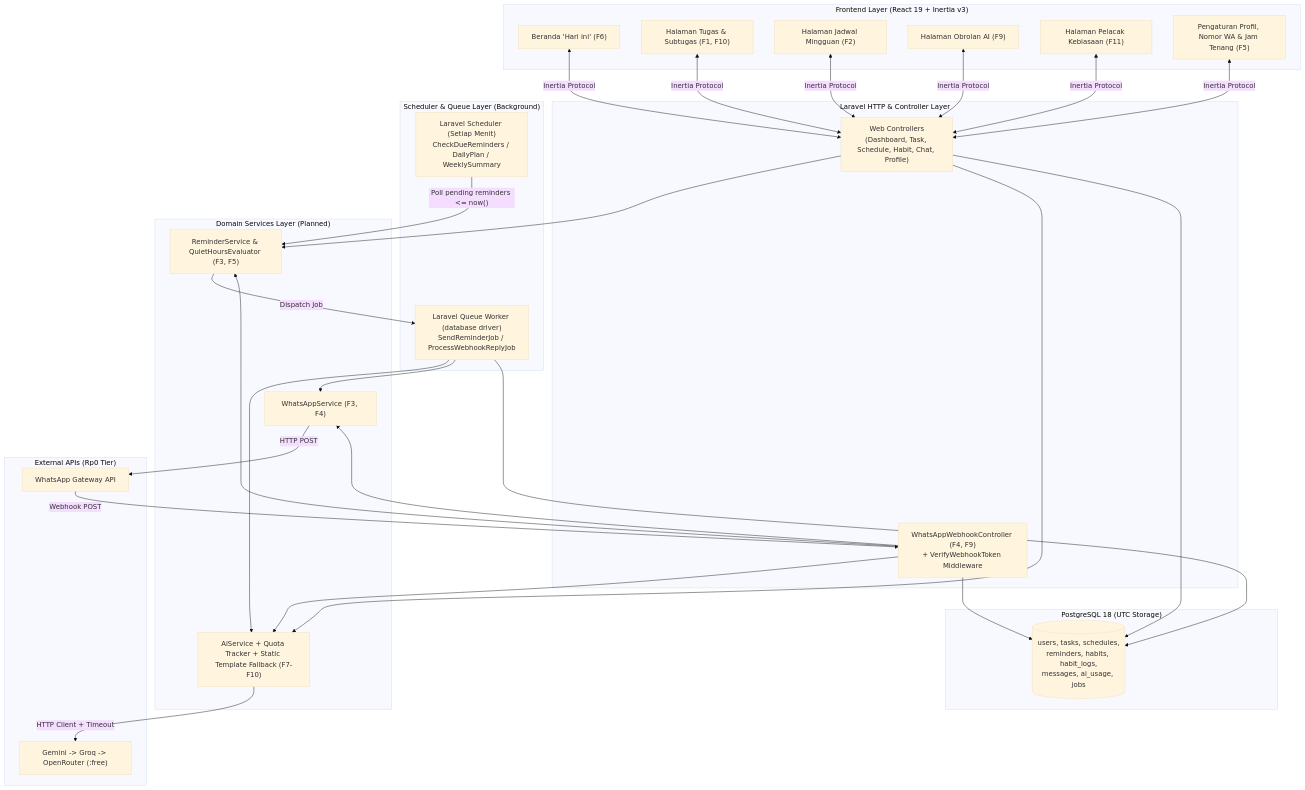
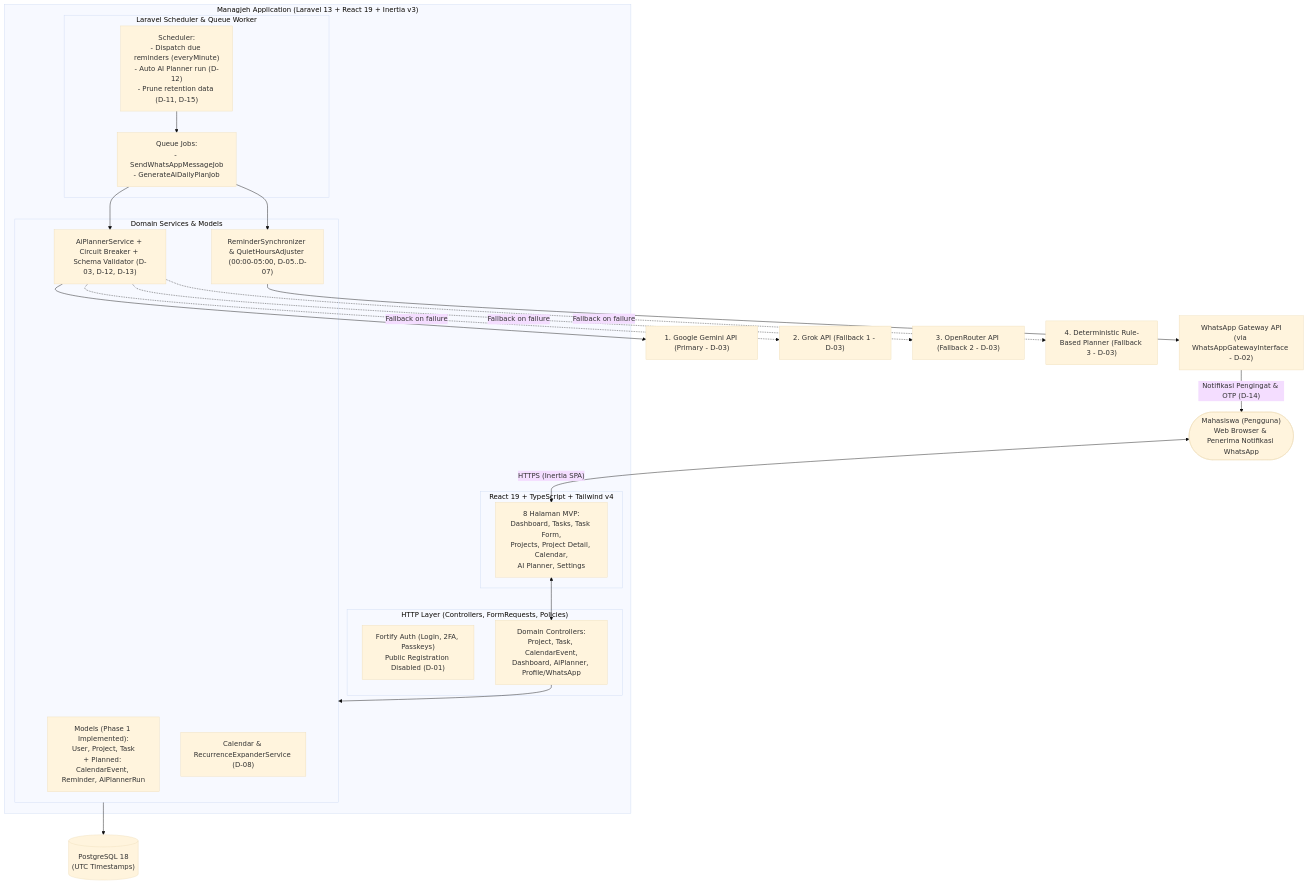
One commit to fardhanfahrezy/managjeh_react changed the diagram in docs/SYSTEM_ARCHITECTURE.md. Above: the diagram before and after it, drawn with Mermaid (base theme). The commit also changed other lines of this file and 12 other files, not shown here.

Commit message:
docs: update project specs, architecture, and phase-by-phase cookbook

````diff
--- a/docs/SYSTEM_ARCHITECTURE.md
+++ b/docs/SYSTEM_ARCHITECTURE.md
@@ -89,56 +17,48 @@
 ```mermaid
 flowchart TB
-    subgraph Client["Frontend Layer (React 19 + Inertia v3)"]
-        UI_Today["Beranda 'Hari ini' (F6)"]
-        UI_Tasks["Halaman Tugas & Subtugas (F1, F10)"]
-        UI_Schedules["Halaman Jadwal Mingguan (F2)"]
-        UI_Chat["Halaman Obrolan AI (F9)"]
-        UI_Habits["Halaman Pelacak Kebiasaan (F11)"]
-        UI_Settings["Pengaturan Profil, Nomor WA & Jam Tenang (F5)"]
+    User(["Mahasiswa (Pengguna)\nWeb Browser & Penerima Notifikasi WhatsApp"])
+
+    subgraph App["Managjeh Application (Laravel 13 + React 19 + Inertia v3)"]
+        subgraph Frontend["React 19 + TypeScript + Tailwind v4"]
+            Pages["8 Halaman MVP:\nDashboard, Tasks, Task Form,\nProjects, Project Detail, Calendar,\nAI Planner, Settings"]
+        end
+
+        subgraph HttpLayer["HTTP Layer (Controllers, FormRequests, Policies)"]
+            AuthCtrl["Fortify Auth (Login, 2FA, Passkeys)\nPublic Registration Disabled (D-01)"]
+            DomainCtrl["Domain Controllers:\nProject, Task, CalendarEvent,\nDashboard, AiPlanner, Profile/WhatsApp"]
+        end
+
+        subgraph DomainLayer["Domain Services & Models"]
+            CoreModels["Models (Phase 1 Implemented):\nUser, Project, Task\n+ Planned: CalendarEvent, Reminder, AiPlannerRun"]
+            CalSvc["Calendar & RecurrenceExpanderService (D-08)"]
+            RemSvc["ReminderSynchronizer & QuietHoursAdjuster (00:00-05:00, D-05..D-07)"]
+            PlannerSvc["AiPlannerService + Circuit Breaker + Schema Validator (D-03, D-12, D-13)"]
+        end
+
+        subgraph AsyncLayer["Laravel Scheduler & Queue Worker"]
+            Scheduler["Scheduler:\n- Dispatch due reminders (everyMinute)\n- Auto AI Planner run (D-12)\n- Prune retention data (D-11, D-15)"]
+            Jobs["Queue Jobs:\n- SendWhatsAppMessageJob\n- GenerateAiDailyPlanJob"]
+        end
     end
 
-    subgraph WebLayer["Laravel HTTP & Controller Layer"]
-        InertiaCtrl["Web Controllers\n(Dashboard, Task, Schedule, Habit, Chat, Profile)"]
-        WebhookCtrl["WhatsAppWebhookController (F4, F9)\n+ VerifyWebhookToken Middleware"]
-    end
+    DB[("PostgreSQL 18\n(UTC Timestamps)")]
+    WaGateway["WhatsApp Gateway API\n(via WhatsAppGatewayInterface - D-02)"]
+    Gemini["1. Google Gemini API (Primary - D-03)"]
+    Grok["2. Grok API (Fallback 1 - D-03)"]
+    OpenRouter["3. OpenRouter API (Fallback 2 - D-03)"]
+    RuleFallback["4. Deterministic Rule-Based Planner (Fallback 3 - D-03)"]
 
-    subgraph AsyncLayer["Scheduler & Queue Layer (Background)"]
-        Scheduler["Laravel Scheduler (Setiap Menit)\nCheckDueReminders / DailyPlan / WeeklySummary"]
-        QueueWorker["Laravel Queue Worker (database driver)\nSendReminderJob / ProcessWebhookReplyJob"]
-    end
-
-    subgraph DomainServices["Domain Services Layer (Planned)"]
-        ReminderSvc["ReminderService & QuietHoursEvaluator (F3, F5)"]
-        WaSvc["WhatsAppService (F3, F4)"]
-        AiSvc["AiService + Quota Tracker + Static Template Fallback (F7-F10)"]
-    end
-
-    subgraph Storage["PostgreSQL 18 (UTC Storage)"]
-        T_Core[("users, tasks, schedules,\nreminders, habits, habit_logs,\nmessages, ai_usage, jobs")]
-    end
-
-    subgraph External["External APIs (Rp0 Tier)"]
-        WA_API["WhatsApp Gateway API"]
-        AI_APIs["Gemini -> Groq -> OpenRouter (:free)"]
-    end
-
-    UI_Today & UI_Tasks & UI_Schedules & UI_Chat & UI_Habits & UI_Settings <-->|"Inertia Protocol"| InertiaCtrl
-    InertiaCtrl --> ReminderSvc
-    InertiaCtrl --> AiSvc
-    InertiaCtrl --> T_Core
-
-    Scheduler -->|"Poll pending reminders <= now()"| ReminderSvc
-    ReminderSvc -->|"Dispatch Job"| QueueWorker
-    QueueWorker --> AiSvc
-    QueueWorker --> WaSvc
-    QueueWorker --> T_Core
-
-    WaSvc -->|"HTTP POST"| WA_API
-    WA_API -->|"Webhook POST"| WebhookCtrl
-    WebhookCtrl --> ReminderSvc
-    WebhookCtrl --> AiSvc
-    WebhookCtrl --> WaSvc
-    WebhookCtrl --> T_Core
-
-    AiSvc -->|"HTTP Client + Timeout"| AI_APIs
+    User <-->|"HTTPS (Inertia SPA)"| Pages
+    Pages <--> DomainCtrl
+    DomainCtrl --> DomainLayer
+    DomainLayer --> DB
+    Scheduler --> Jobs
+    Jobs --> RemSvc
+    Jobs --> PlannerSvc
+    RemSvc --> WaGateway
+    WaGateway -->|"Notifikasi Pengingat & OTP (D-14)"| User
+    PlannerSvc --> Gemini
+    PlannerSvc -.->|"Fallback on failure"| Grok
+    PlannerSvc -.->|"Fallback on failure"| OpenRouter
+    PlannerSvc -.->|"Fallback on failure"| RuleFallback
 ```
````
